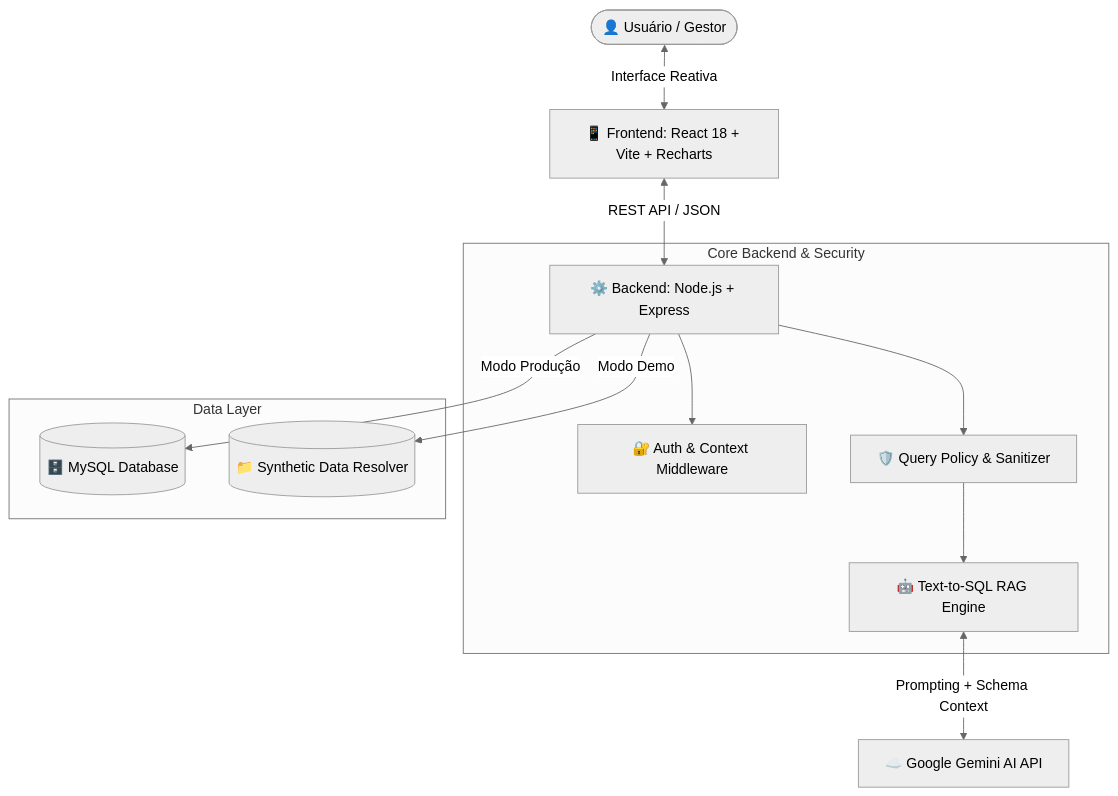
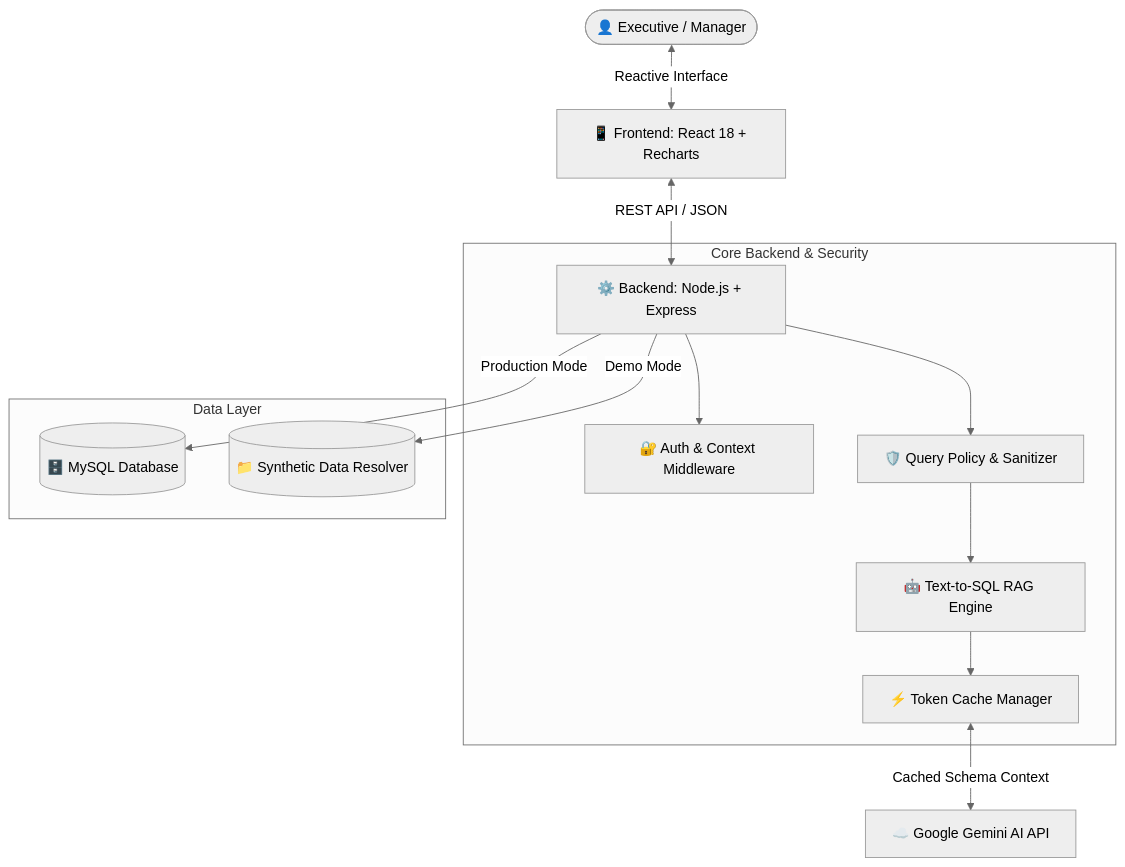
Before and after one commit to Lipefcleao/ai-powered-bi-platform: the diagram in README.md, drawn with Mermaid (neutral theme). The commit also changed other lines of this file, not shown here.

Commit message:
docs: translate README.md to English and detail token caching telemetry

````diff
--- a/README.md
+++ b/README.md
@@ -61,18 +60,19 @@
 ```mermaid
 graph TD
-    User([👤 Usuário / Gestor]) <--> |Interface Reativa| ReactApp[📱 Frontend: React 18 + Vite + Recharts]
+    User([👤 Executive / Manager]) <--> |Reactive Interface| ReactApp[📱 Frontend: React 18 + Recharts]
     ReactApp <--> |REST API / JSON| ExpressServer[⚙️ Backend: Node.js + Express]
     
     subgraph Core Backend & Security
         ExpressServer --> Auth[🔐 Auth & Context Middleware]
         ExpressServer --> PolicyEngine[🛡️ Query Policy & Sanitizer]
         PolicyEngine --> RAGService[🤖 Text-to-SQL RAG Engine]
+        RAGService --> TokenCache[⚡ Token Cache Manager]
     end
     
-    RAGService <--> |Prompting + Schema Context| GeminiAPI[☁️ Google Gemini AI API]
+    TokenCache <--> |Cached Schema Context| GeminiAPI[☁️ Google Gemini AI API]
     
     subgraph Data Layer
-        ExpressServer --> |Modo Produção| MySQLDB[(🗄️ MySQL Database)]
-        ExpressServer --> |Modo Demo| SyntheticData[(📁 Synthetic Data Resolver)]
+        ExpressServer --> |Production Mode| MySQLDB[(🗄️ MySQL Database)]
+        ExpressServer --> |Demo Mode| SyntheticData[(📁 Synthetic Data Resolver)]
     end
 ```
````
